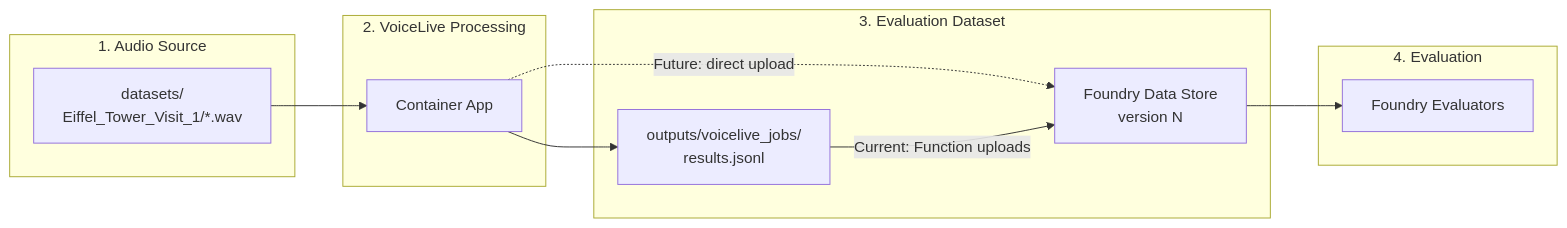
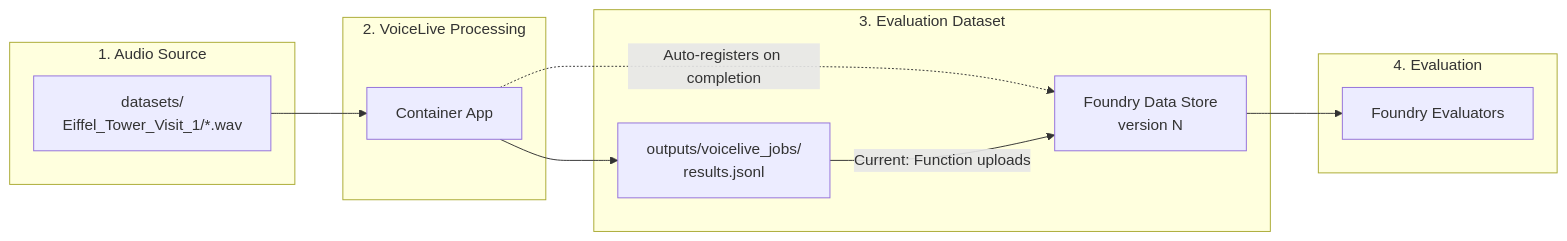
Before and after one commit to microsoft-foundry/voicelive-evaluation: the eighth of 18 diagrams in evaluation_agent/ARCHITECTURE.md, drawn with Mermaid. The commit also changed other lines of this file, not shown here.

First line of the commit message:
docs: Update ARCHITECTURE.md backlog to reflect current state

````diff
--- a/evaluation_agent/ARCHITECTURE.md
+++ b/evaluation_agent/ARCHITECTURE.md
@@ -408,25 +408,25 @@
 ```mermaid
 graph LR
     subgraph "1. Audio Source"
         A[datasets/<br/>Eiffel_Tower_Visit_1/*.wav]
     end
     
     subgraph "2. VoiceLive Processing"
         B[Container App]
     end
     
     subgraph "3. Evaluation Dataset"
         C1[outputs/voicelive_jobs/<br/>results.jsonl]
         C2[Foundry Data Store<br/>version N]
     end
     
     subgraph "4. Evaluation"
         D[Foundry Evaluators]
     end
     
     A --> B
     B --> C1
-    B -.->|Future: direct upload| C2
+    B -.->|Auto-registers on completion| C2
     C1 -->|Current: Function uploads| C2
     C2 --> D
 ```
````
